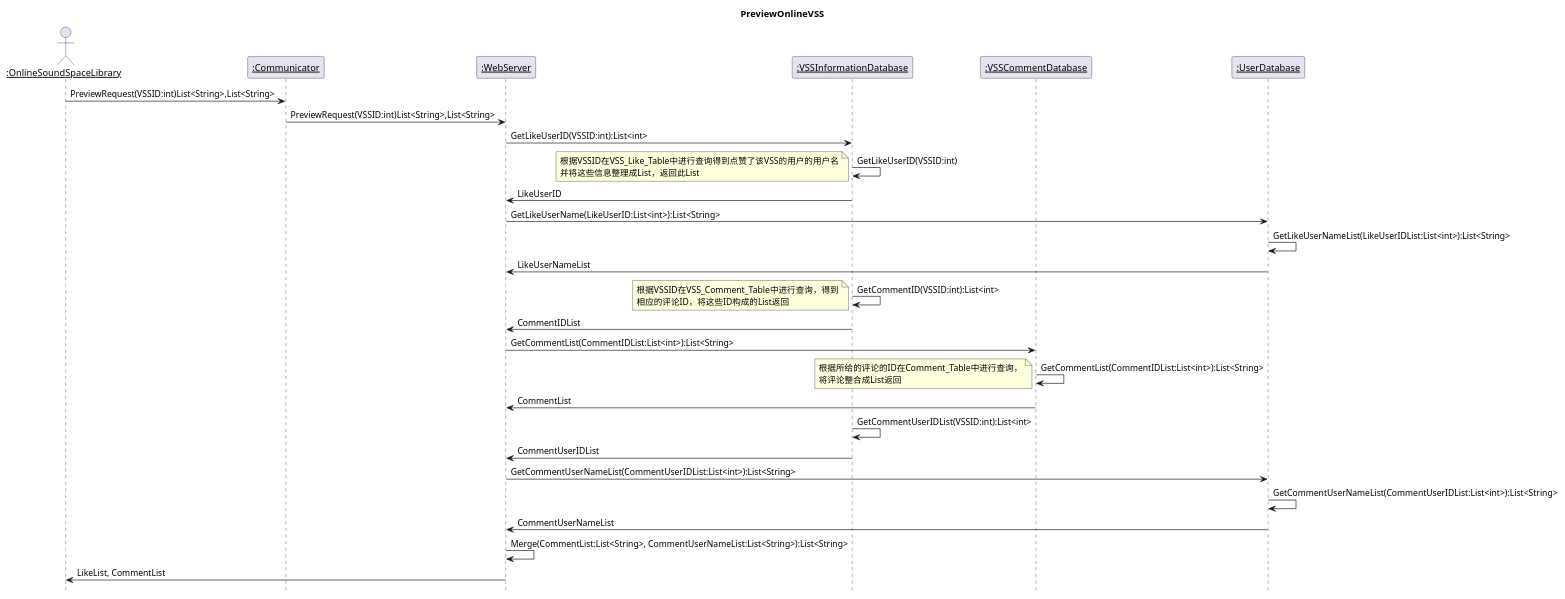
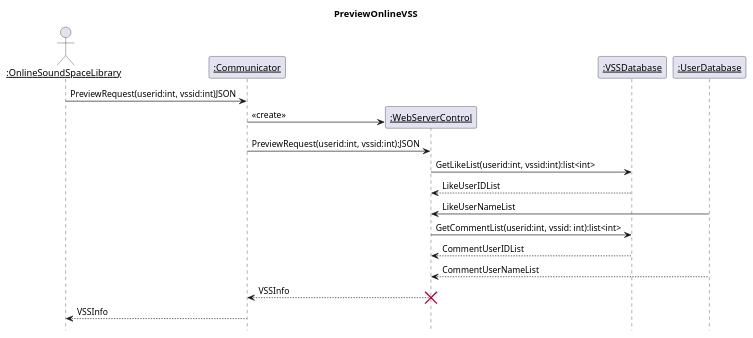
One commit to kpp19920121/doc changed diagram 24 of 39 in 设计/顺序图.md. Above: the diagram before and after it, drawn with PlantUML. The commit also changed other lines of this file, not shown here.

Commit message:
更新了含服务器端部分的顺序图

````diff
--- a/设计/顺序图.md
+++ b/设计/顺序图.md
@@ -799,36 +790,25 @@
 ```PlantUML
 @startuml Diagrams/PreviewVSSServerSequenceDiagram
 title PreviewOnlineVSS
 hide footbox
 skinparam sequenceParticipant underline
 actor ":OnlineSoundSpaceLibrary" as Client
 participant ":Communicator" as Communicator
-participant ":WebServer" as WebServer
-participant ":VSSInformationDatabase" as VSSInformationDatabase
-participant ":VSSCommentDatabase" as VSSCommentDatabase
-participant ":UserDatabase" as UserDatabase
-Client->Communicator:PreviewRequest(VSSID:int)List<String>,List<String>
-Communicator->WebServer:PreviewRequest(VSSID:int)List<String>,List<String>
-WebServer->VSSInformationDatabase:GetLikeUserID(VSSID:int):List<int>
-VSSInformationDatabase->VSSInformationDatabase:GetLikeUserID(VSSID:int)
-note left: 根据VSSID在VSS_Like_Table中进行查询得到点赞了该VSS的用户的用户名\n并将这些信息整理成List，返回此List
-VSSInformationDatabase->WebServer:LikeUserID
-WebServer->UserDatabase:GetLikeUserName(LikeUserID:List<int>):List<String>
-UserDatabase->UserDatabase:GetLikeUserNameList(LikeUserIDList:List<int>):List<String>
-UserDatabase->WebServer:LikeUserNameList
-VSSInformationDatabase->VSSInformationDatabase:GetCommentID(VSSID:int):List<int>
-note left: 根据VSSID在VSS_Comment_Table中进行查询，得到\n相应的评论ID，将这些ID构成的List返回
-VSSInformationDatabase->WebServer:CommentIDList
-WebServer->VSSCommentDatabase:GetCommentList(CommentIDList:List<int>):List<String>
-VSSCommentDatabase->VSSCommentDatabase:GetCommentList(CommentIDList:List<int>):List<String>
-note left: 根据所给的评论的ID在Comment_Table中进行查询，\n将评论整合成List返回
-VSSCommentDatabase->WebServer:CommentList
-VSSInformationDatabase->VSSInformationDatabase:GetCommentUserIDList(VSSID:int):List<int>
-VSSInformationDatabase->WebServer:CommentUserIDList
-WebServer->UserDatabase:GetCommentUserNameList(CommentUserIDList:List<int>):List<String>
-UserDatabase->UserDatabase:GetCommentUserNameList(CommentUserIDList:List<int>):List<String>
-UserDatabase->WebServer:CommentUserNameList
-WebServer->WebServer:Merge(CommentList:List<String>, CommentUserNameList:List<String>):List<String>
-WebServer->Client:LikeList, CommentList
+participant ":WebServerControl" as WebServer
+participant ":VSSDatabase" as vd
+participant ":UserDatabase" as ud
+Client->Communicator:PreviewRequest(userid:int, vssid:int)JSON
+create WebServer
+Communicator->WebServer:<<create>>
+Communicator->WebServer:PreviewRequest(userid:int, vssid:int):JSON
+WebServer->vd:GetLikeList(userid:int, vssid:int):list<int>
+vd-->WebServer:LikeUserIDList
+ud->WebServer:LikeUserNameList
+WebServer->vd:GetCommentList(userid:int, vssid: int):list<int>
+vd-->WebServer:CommentUserIDList
+ud-->WebServer:CommentUserNameList
+WebServer-->Communicator:VSSInfo
+destroy WebServer
+Communicator-->Client:VSSInfo
 @enduml
 ```
````
